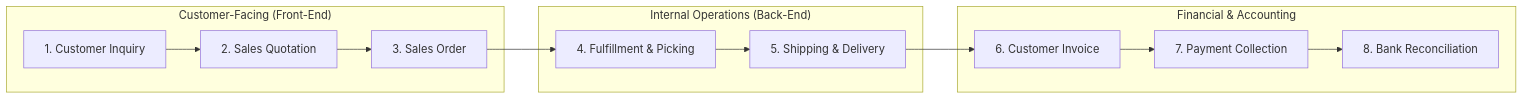
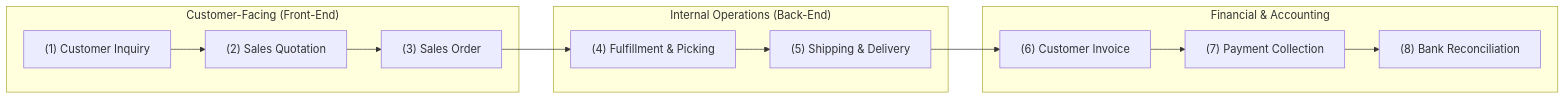
Before and after one commit to alimurrofid/erp-notes: the first of 2 diagrams in content/03-sales/sales-fundamentals.md, drawn with Mermaid. The commit also changed other lines of this file and 132 other files, not shown here.

````diff
--- a/content/03-sales/sales-fundamentals.md
+++ b/content/03-sales/sales-fundamentals.md
@@ -31,19 +31,19 @@
 ```mermaid
 flowchart LR
     subgraph CustomerFacing["Customer-Facing (Front-End)"]
-        Inq["1. Customer Inquiry"]
-        --> Quot["2. Sales Quotation"]
-        --> SO["3. Sales Order"]
+        Inq["(1) Customer Inquiry"]
+        --> Quot["(2) Sales Quotation"]
+        --> SO["(3) Sales Order"]
     end
 
     subgraph InternalOps["Internal Operations (Back-End)"]
-        SO --> Ful["4. Fulfillment & Picking"]
-        Ful --> Del["5. Shipping & Delivery"]
+        SO --> Ful["(4) Fulfillment & Picking"]
+        Ful --> Del["(5) Shipping & Delivery"]
     end
 
     subgraph FinancialSettlement["Financial & Accounting"]
-        Del --> Inv["6. Customer Invoice"]
-        Inv --> Pay["7. Payment Collection"]
-        Pay --> Rec["8. Bank Reconciliation"]
+        Del --> Inv["(6) Customer Invoice"]
+        Inv --> Pay["(7) Payment Collection"]
+        Pay --> Rec["(8) Bank Reconciliation"]
     end
 ```
````
